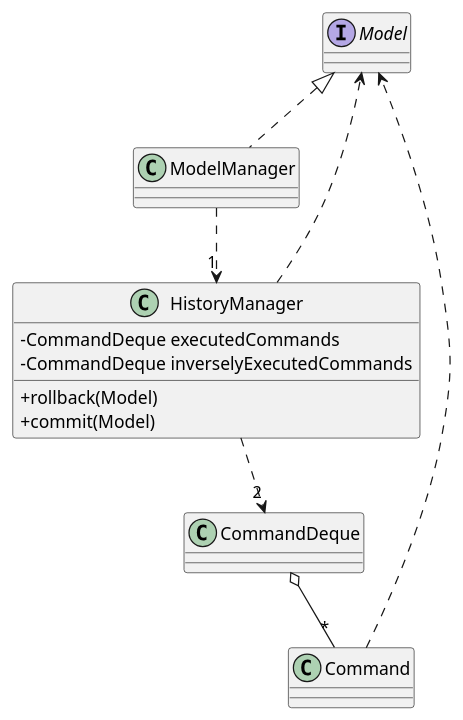
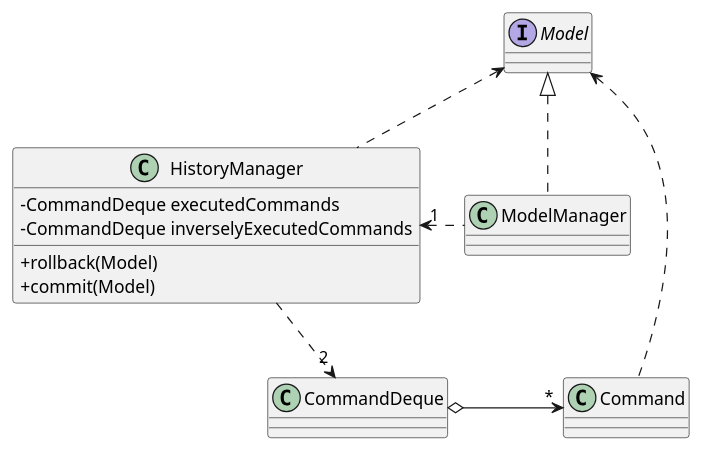
Before and after one commit to nus-cs2103-AY1920S1/addressbook-level3: the diagram in docs/diagrams/feature undo-redo/HistoryManagerModelClassDiagram.puml, drawn with PlantUML. The commit also changed 10 other files, not shown here.

```diff
--- a/docs/diagrams/feature undo-redo/HistoryManagerModelClassDiagram.puml
+++ b/docs/diagrams/feature undo-redo/HistoryManagerModelClassDiagram.puml
@@ -1,20 +1,20 @@
 @startuml
 skinparam classAttributeIconSize 0
 
 interface Model
 
-Model <|.. ModelManager
-ModelManager ..> "1" HistoryManager
-HistoryManager ..> Model
-HistoryManager ..> "2" CommandDeque
-CommandDeque o-- "*" Command
-Command ..> Model
+ModelManager .up.|> Model
+ModelManager .left.> "1" HistoryManager
+HistoryManager .up.> Model
+HistoryManager .down.> "2" CommandDeque
+CommandDeque o-right-> "*" Command
+Command .up.> Model
 
 class HistoryManager {
 -CommandDeque executedCommands
 -CommandDeque inverselyExecutedCommands
 +rollback(Model)
 +commit(Model)
 }
 
 @enduml
```
